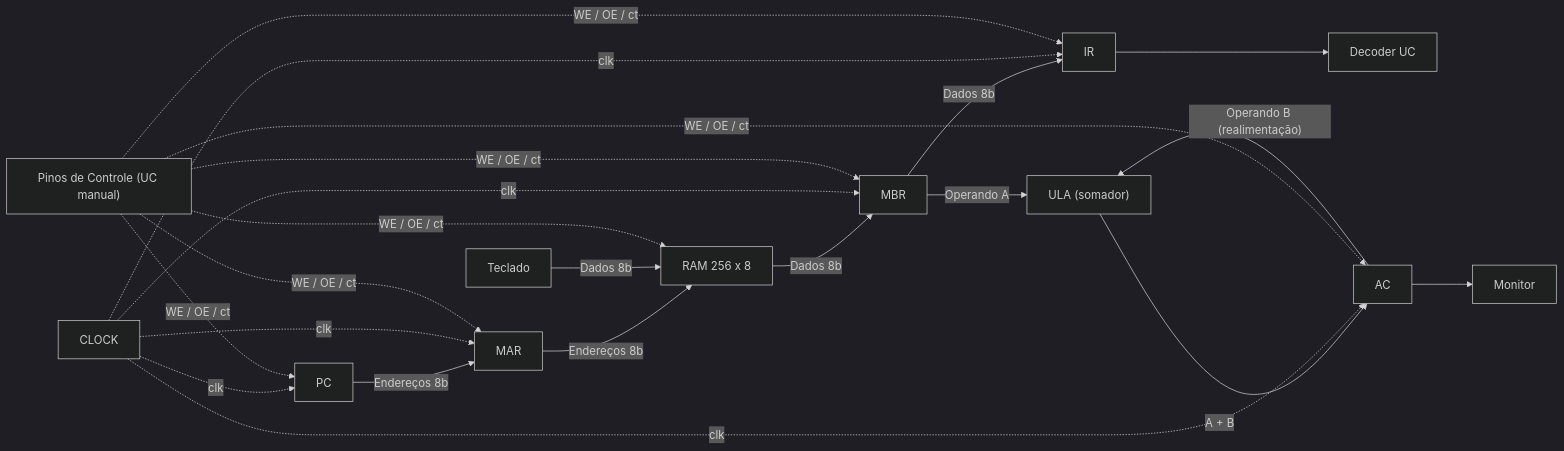
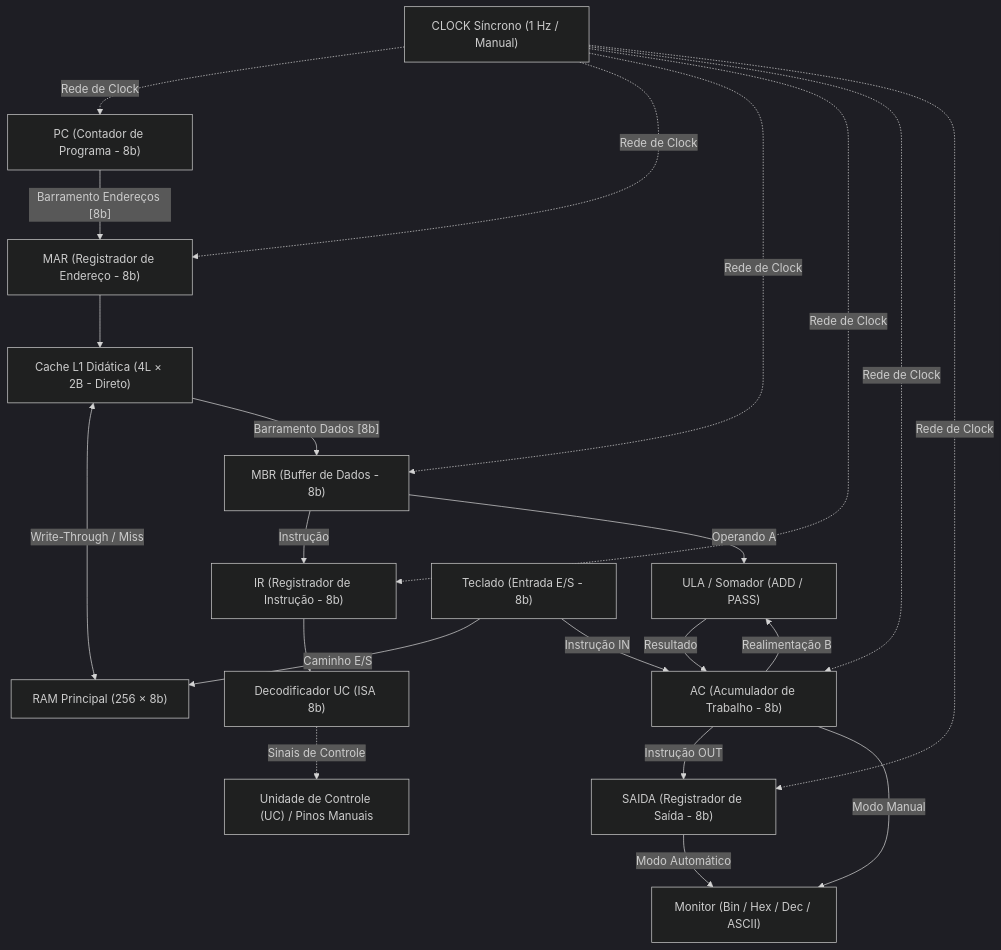
The first of 2 diagrams in docs/SIMULADOR.md (joaopedro-chaves/simulacao_analise_arquitetura_interna_computador_projeto_UniFECAF), drawn with Mermaid (dark theme) before and after one commit. The commit also changed other lines of this file and 8 other files, not shown here.

Commit message:
docs: synchronize theoretical report, architecture diagram and simulator documentation

````diff
--- a/docs/SIMULADOR.md
+++ b/docs/SIMULADOR.md
@@ -64,28 +39,34 @@
 ```mermaid
-flowchart LR
-    CLK["CLOCK"]
-    CTRL["Pinos de Controle (UC manual)"]
-    PC["PC"]
-    MAR["MAR"]
-    RAM["RAM 256 x 8"]
-    MBR["MBR"]
-    IR["IR"]
-    DEC["Decoder UC"]
-    ULA["ULA (somador)"]
-    AC["AC"]
-    MON["Monitor"]
-    KBD["Teclado"]
+flowchart TD
+    CLK["CLOCK Síncrono (1 Hz / Manual)"]
+    UC["Unidade de Controle (UC) / Pinos Manuais"]
+    PC["PC (Contador de Programa - 8b)"]
+    MAR["MAR (Registrador de Endereço - 8b)"]
+    CACHE["Cache L1 Didática (4L × 2B - Direto)"]
+    RAM["RAM Principal (256 × 8b)"]
+    MBR["MBR (Buffer de Dados - 8b)"]
+    IR["IR (Registrador de Instrução - 8b)"]
+    DEC["Decodificador UC (ISA 8b)"]
+    ULA["ULA / Somador (ADD / PASS)"]
+    AC["AC (Acumulador de Trabalho - 8b)"]
+    SAIDA["SAIDA (Registrador de Saída - 8b)"]
+    MON["Monitor (Bin / Hex / Dec / ASCII)"]
+    KBD["Teclado (Entrada E/S - 8b)"]
 
-    PC -->|"Endereços 8b"| MAR
-    MAR -->|"Endereços 8b"| RAM
-    RAM -->|"Dados 8b"| MBR
-    MBR -->|"Dados 8b"| IR
+    PC -->|"Barramento Endereços [8b]"| MAR
+    MAR --> CACHE
+    CACHE <-->|"Write-Through / Miss"| RAM
+    CACHE -->|"Barramento Dados [8b]"| MBR
+    MBR -->|"Instrução"| IR
     IR --> DEC
+    DEC -.->|"Sinais de Controle"| UC
     MBR -->|"Operando A"| ULA
-    AC -->|"Operando B (realimentação)"| ULA
-    ULA -->|"A + B"| AC
-    AC --> MON
-    KBD -->|"Dados 8b"| RAM
-    CLK -.->|"clk"| PC & MAR & MBR & IR & AC
-    CTRL -.->|"WE / OE / ct"| PC & MAR & RAM & MBR & IR & AC
+    AC -->|"Realimentação B"| ULA
+    ULA -->|"Resultado"| AC
+    AC -->|"Instrução OUT"| SAIDA
+    AC -->|"Modo Manual"| MON
+    SAIDA -->|"Modo Automático"| MON
+    KBD -->|"Caminho E/S"| RAM
+    KBD -->|"Instrução IN"| AC
+    CLK -.->|"Rede de Clock"| PC & MAR & MBR & IR & AC & SAIDA
 ```
````
